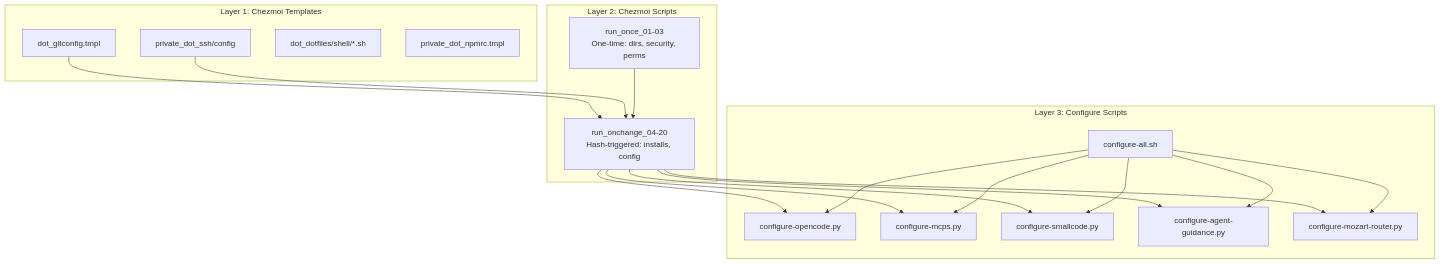
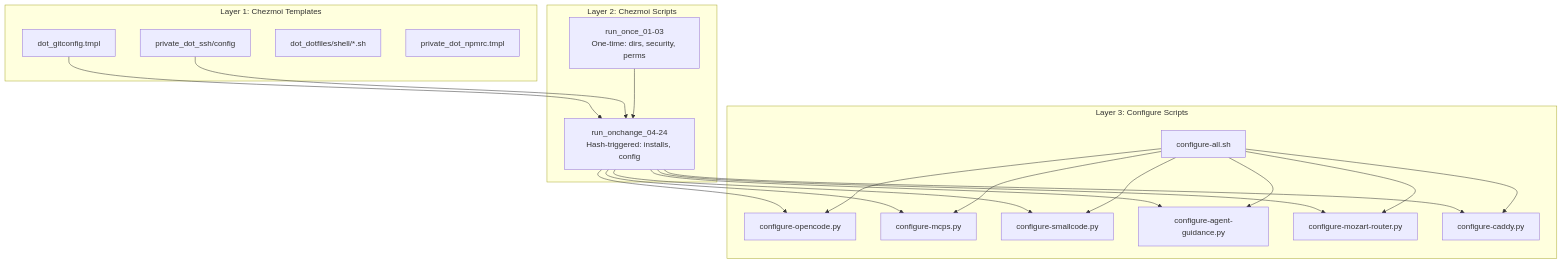
The first of 3 diagrams in docs/ORCHESTRATION.md (randytarampi/dotfiles), drawn with Mermaid before and after one commit. The commit also changed other lines of this file and 27 other files, not shown here.

````diff
--- a/docs/ORCHESTRATION.md
+++ b/docs/ORCHESTRATION.md
@@ -15,37 +15,40 @@
 ```mermaid
 flowchart TD
     subgraph "Layer 1: Chezmoi Templates"
         T1[dot_gitconfig.tmpl]
         T2[private_dot_ssh/config]
         T3[dot_dotfiles/shell/*.sh]
         T4[private_dot_npmrc.tmpl]
     end
 
     subgraph "Layer 2: Chezmoi Scripts"
         S1[run_once_01-03<br/>One-time: dirs, security, perms]
-        S2[run_onchange_04-20<br/>Hash-triggered: installs, config]
+        S2[run_onchange_04-24<br/>Hash-triggered: installs, config]
     end
 
     subgraph "Layer 3: Configure Scripts"
         C1[configure-opencode.py]
         C2[configure-mcps.py]
         C3[configure-smallcode.py]
         C4[configure-all.sh]
         C5[configure-agent-guidance.py]
         C6[configure-mozart-router.py]
+        C7[configure-caddy.py]
     end
 
     T1 --> S2
     T2 --> S2
     S1 --> S2
     S2 --> C1
     S2 --> C2
     S2 --> C3
     S2 --> C5
     S2 --> C6
+    S2 --> C7
     C4 --> C1
     C4 --> C2
     C4 --> C3
     C4 --> C5
     C4 --> C6
+    C4 --> C7
 ```
````
